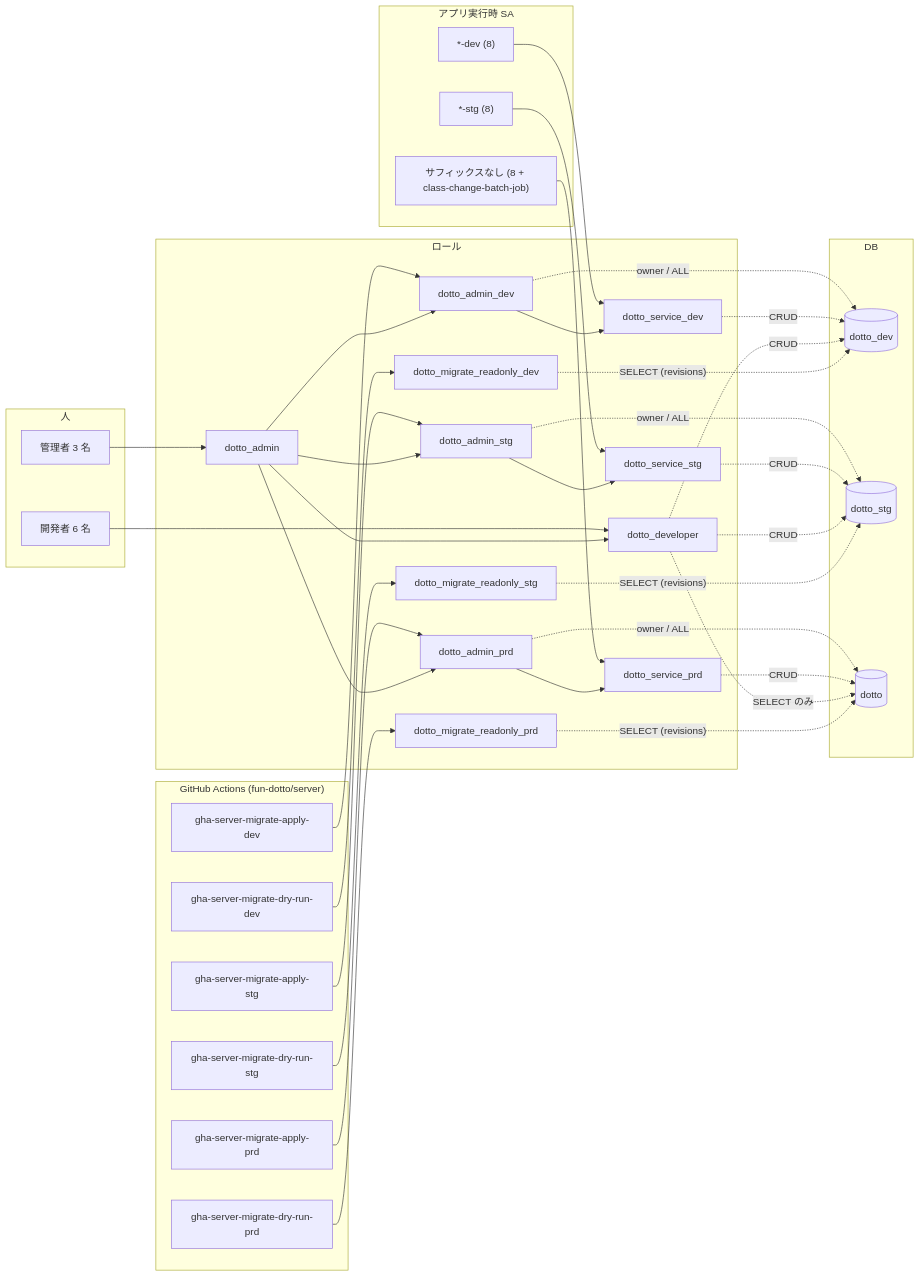
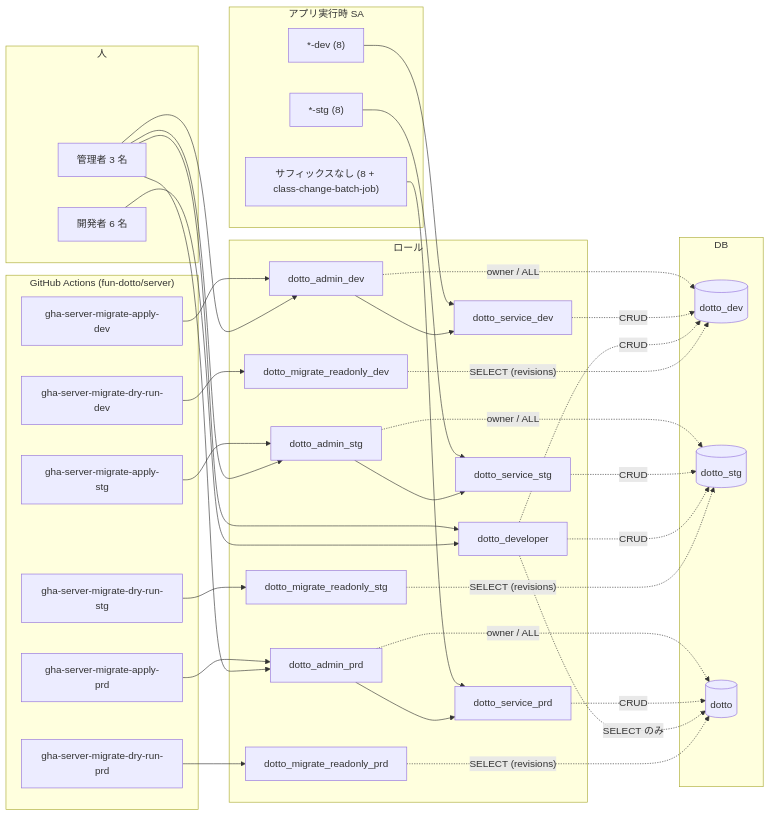
The second of 2 diagrams in docs/postgresql_roles.md (fun-dotto/infra), drawn with Mermaid before and after one commit. The commit also changed other lines of this file and 2 other files, not shown here.

First line of the commit message:
Remove dotto_admin PostgreSQL role

````diff
--- a/docs/postgresql_roles.md
+++ b/docs/postgresql_roles.md
@@ -128,71 +126,69 @@
 ```mermaid
 flowchart LR
     subgraph gha["GitHub Actions (fun-dotto/server)"]
         apply_dev[gha-server-migrate-apply-dev]
         apply_stg[gha-server-migrate-apply-stg]
         apply_prd[gha-server-migrate-apply-prd]
         dry_dev[gha-server-migrate-dry-run-dev]
         dry_stg[gha-server-migrate-dry-run-stg]
         dry_prd[gha-server-migrate-dry-run-prd]
     end
 
     subgraph runtime["アプリ実行時 SA"]
         svc_dev["*-dev (8)"]
         svc_stg["*-stg (8)"]
         svc_prd["サフィックスなし (8 + class-change-batch-job)"]
     end
 
     subgraph people["人"]
         admins["管理者 3 名"]
         devs["開発者 6 名"]
     end
 
     subgraph roles["ロール"]
-        dotto_admin
         dotto_developer
         admin_dev[dotto_admin_dev]
         admin_stg[dotto_admin_stg]
         admin_prd[dotto_admin_prd]
         service_dev[dotto_service_dev]
         readonly_dev[dotto_migrate_readonly_dev]
         service_stg[dotto_service_stg]
         readonly_stg[dotto_migrate_readonly_stg]
         service_prd[dotto_service_prd]
         readonly_prd[dotto_migrate_readonly_prd]
     end
 
     subgraph dbs["DB"]
         db_dev[(dotto_dev)]
         db_stg[(dotto_stg)]
         db_prd[(dotto)]
     end
 
     apply_dev --> admin_dev
     apply_stg --> admin_stg
     apply_prd --> admin_prd
     svc_dev --> service_dev
     svc_stg --> service_stg
     svc_prd --> service_prd
-    admins --> dotto_admin
+    admins --> admin_dev & admin_stg & admin_prd & dotto_developer
     devs --> dotto_developer
-    dotto_admin --> admin_dev & admin_stg & admin_prd & dotto_developer
     admin_dev --> service_dev
     admin_stg --> service_stg
     admin_prd --> service_prd
 
     admin_dev -. owner / ALL .-> db_dev
     admin_stg -. owner / ALL .-> db_stg
     admin_prd -. owner / ALL .-> db_prd
     service_dev -. CRUD .-> db_dev
     service_stg -. CRUD .-> db_stg
     service_prd -. CRUD .-> db_prd
     dotto_developer -. "CRUD" .-> db_dev
     dotto_developer -. "CRUD" .-> db_stg
     dotto_developer -. "SELECT のみ" .-> db_prd
     dry_dev --> readonly_dev
     dry_stg --> readonly_stg
     dry_prd --> readonly_prd
     readonly_dev -. "SELECT (revisions)" .-> db_dev
     readonly_stg -. "SELECT (revisions)" .-> db_stg
     readonly_prd -. "SELECT (revisions)" .-> db_prd
 ```
````
